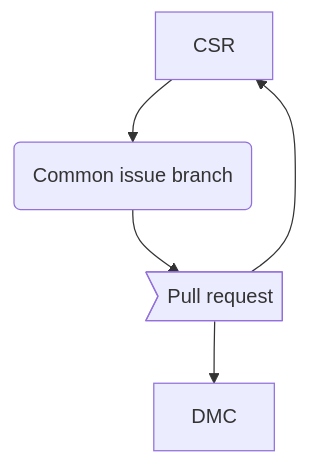
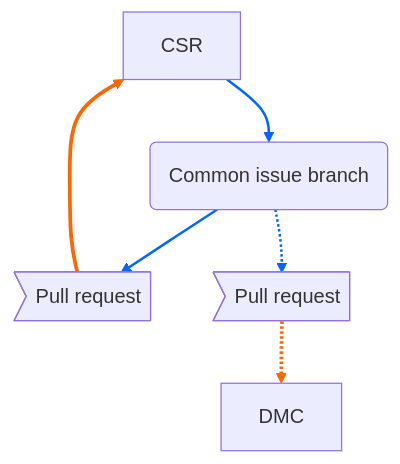
One commit to phuse-org/git-in-statistical-programming changed the eighth of 11 diagrams in white-paper/branching-strategies.qmd. Above: the diagram before and after it, drawn with Mermaid.

````diff
--- a/white-paper/branching-strategies.qmd
+++ b/white-paper/branching-strategies.qmd
@@ -233,15 +233,22 @@
 ```{mermaid}
 %%| label: fig-common-issue-branch-structure
 %%| fig-cap: "Common issue branch structure"
 flowchart TB
     csr["CSR"]
     dmc["DMC"]
 
     branch-c("Common issue branch")
     prc>"Pull request"]
+    prd>"Pull request"]
 
     csr --> branch-c --> prc
+    branch-c -.-> prd    
+    prc --> csr
+    prd -.-> dmc
 
-    prc --> csr
-    prc --> dmc
+    linkStyle 0 stroke:#0066FF,stroke-width:2px
+    linkStyle 1 stroke:#0066FF,stroke-width:2px
+    linkStyle 2 stroke:#0066FF,stroke-width:2px
+    linkStyle 3 stroke:#FF6600,stroke-width:3px
+    linkStyle 4 stroke:#FF6600,stroke-width:3px
 ```
````
